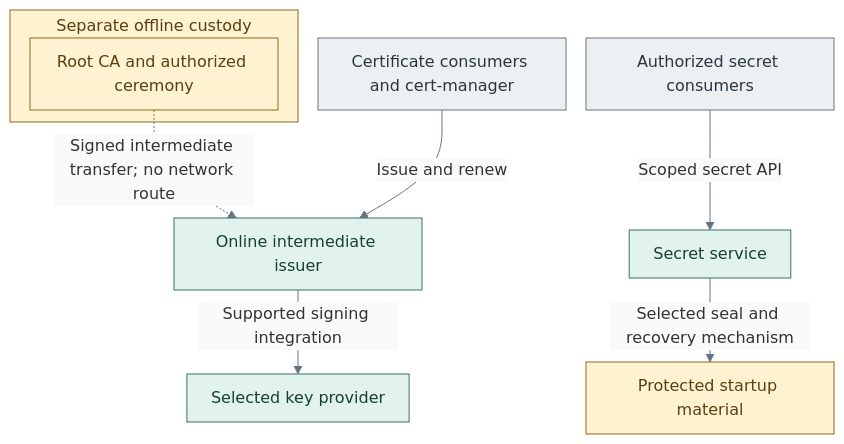
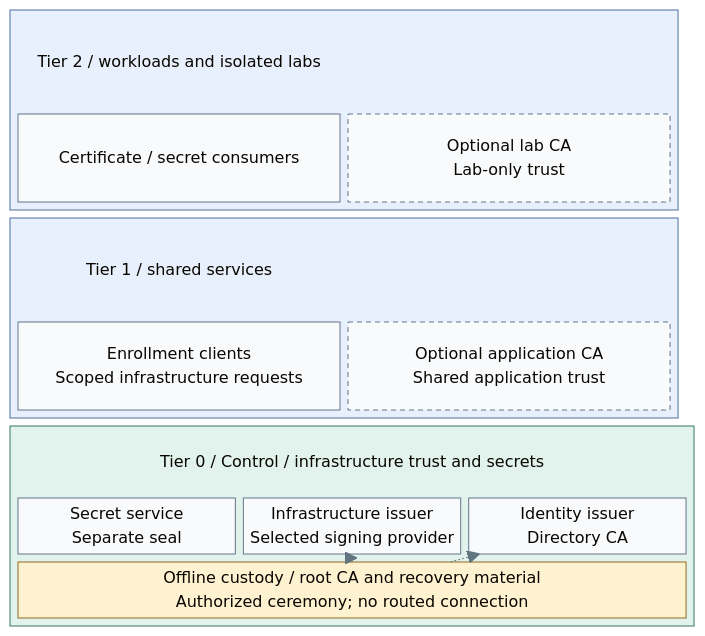
Before and after one commit to Rexus/homelab: the diagram in docs/architecture/cryptography/README.md, drawn with Mermaid. The commit also changed other lines of this file and 22 other files, not shown here.

Commit message:
docs(diagrams): clarify tier boundaries and deployment layouts

````diff
--- a/docs/architecture/cryptography/README.md
+++ b/docs/architecture/cryptography/README.md
@@ -23,19 +23,40 @@
 ```mermaid
-%%{init: {"theme":"base","flowchart":{"nodeSpacing":20,"rankSpacing":24,"padding":12,"subGraphTitleMargin":{"top":4,"bottom":12}},"themeVariables":{"lineColor":"#627581","edgeLabelBackground":"#f8fafc"}}}%%
-flowchart TB
-  subgraph Offline["Separate offline custody"]
-    Root["Root CA and authorized ceremony"]
+%%{init: {"theme":"base","themeVariables":{"lineColor":"#627581","edgeLabelBackground":"#f8fafc"}}}%%
+block-beta
+  columns 1
+  block:T2
+    columns 2
+    T2Title["Tier 2 / workloads and isolated labs"]:2
+    Workloads["Certificate / secret consumers"]
+    LabCA["Optional lab CA<br/>Lab-only trust"]
   end
-  Root -. "Signed intermediate transfer; no network route" .-> Issuer
-  Certificates["Certificate consumers and cert-manager"] -->|Issue and renew| Issuer["Online intermediate issuer"]
-  Issuer -->|Supported signing integration| Signing["Selected key provider"]
-  Clients["Authorized secret consumers"] -->|Scoped secret API| Secrets["Secret service"]
-  Secrets -->|Selected seal and recovery mechanism| Seal["Protected startup material"]
+  block:T1
+    columns 2
+    T1Title["Tier 1 / shared services"]:2
+    Enrollment["Enrollment clients<br/>Scoped infrastructure requests"]
+    AppCA["Optional application CA<br/>Shared application trust"]
+  end
+  block:T0
+    columns 3
+    T0Title["Tier 0 / Control / infrastructure trust and secrets"]:3
+    Secrets["Secret service<br/>Separate seal"]
+    Issuer["Infrastructure issuer<br/>Selected signing provider"]
+    Identity["Identity issuer<br/>Directory CA"]
+    Root["Offline custody / root CA and recovery material<br/>Authorized ceremony; no routed connection"]:3
+  end
+  Root -.-> Issuer
+  Root -.-> Identity
   classDef default fill:#f8fafc,stroke:#64748b,color:#1f2937
+  classDef services fill:#e7f0fc,stroke:#4d719b,color:#203a5b
   classDef custody fill:#fff2d1,stroke:#926820,color:#584013
   classDef control fill:#e2f3ed,stroke:#397366,color:#173f36
-  classDef actor fill:#edf0f3,stroke:#697682,color:#293642
-  class Offline,Root,Seal custody
-  class Issuer,Signing,Secrets control
-  class Certificates,Clients actor
+  classDef replicas fill:#f8fafc,stroke:#64748b,color:#1f2937,stroke-dasharray:5 4
+  classDef servicesHeading fill:#e7f0fc,stroke:#e7f0fc,color:#203a5b
+  classDef controlHeading fill:#e2f3ed,stroke:#e2f3ed,color:#173f36
+  class T2,T1 services
+  class T0 control
+  class Root custody
+  class AppCA,LabCA replicas
+  class T2Title,T1Title servicesHeading
+  class T0Title controlHeading
 ```
````
